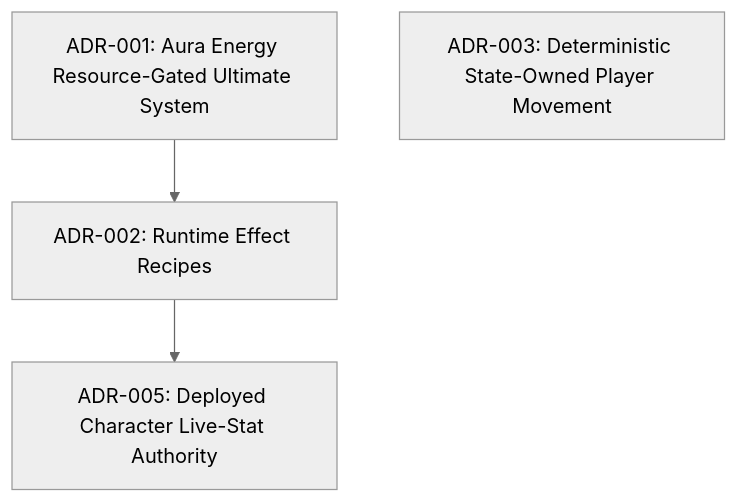
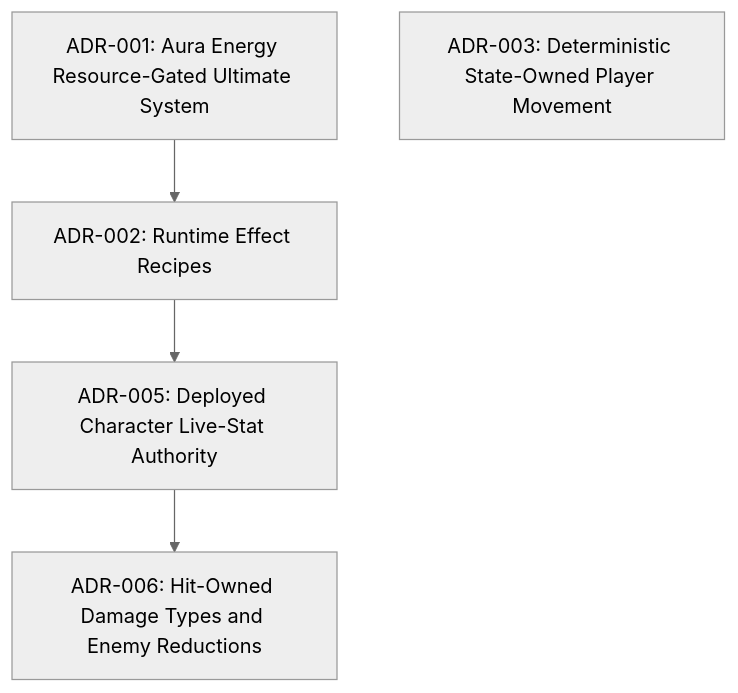
The diagram in Docs_JJK/3_Outputs/ADRs/README.md (NattaponKhuenkeaw/Thesis_), drawn with Mermaid (neutral theme) before and after one commit. The commit also changed other lines of this file and 69 other files, not shown here.

First line of the commit message:
feat(combat): implement hit-owned damage types and enemy reductions

````diff
--- a/Docs_JJK/3_Outputs/ADRs/README.md
+++ b/Docs_JJK/3_Outputs/ADRs/README.md
@@ -7,9 +7,11 @@
 ```mermaid
 graph TD
     ADR001["ADR-001: Aura Energy Resource-Gated Ultimate System"]
     ADR002["ADR-002: Runtime Effect Recipes"]
     ADR003["ADR-003: Deterministic State-Owned Player Movement"]
     ADR005["ADR-005: Deployed Character Live-Stat Authority"]
+    ADR006["ADR-006: Hit-Owned Damage Types and Enemy Reductions"]
     ADR001 --> ADR002
     ADR002 --> ADR005
+    ADR005 --> ADR006
 ```
````
